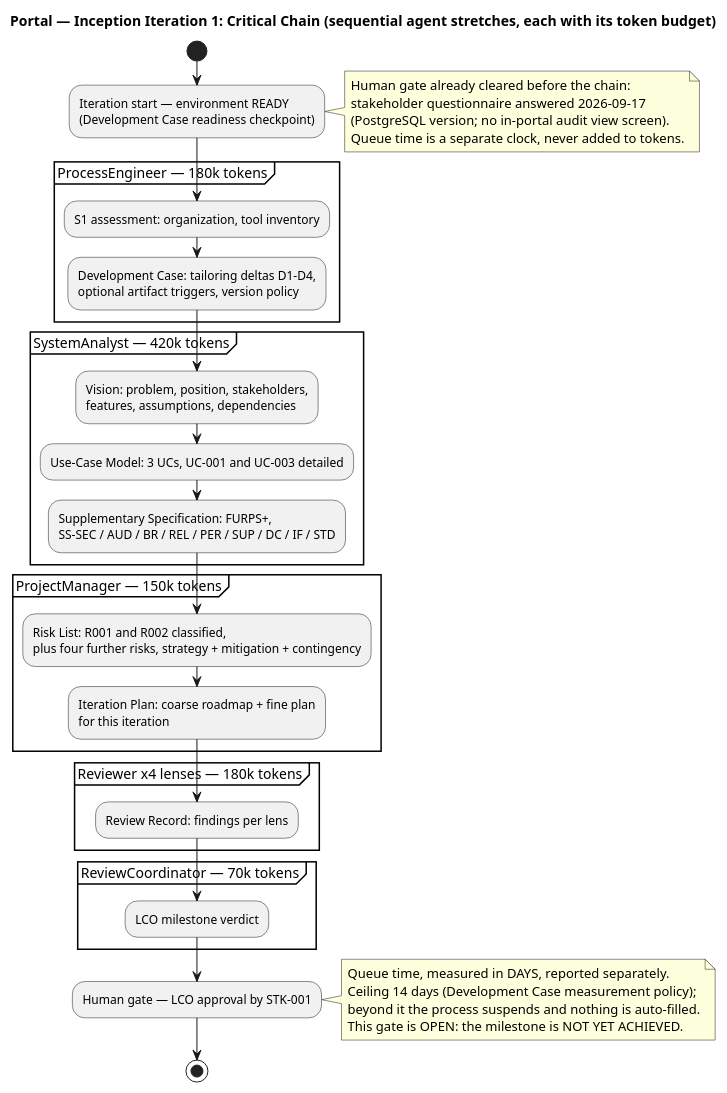
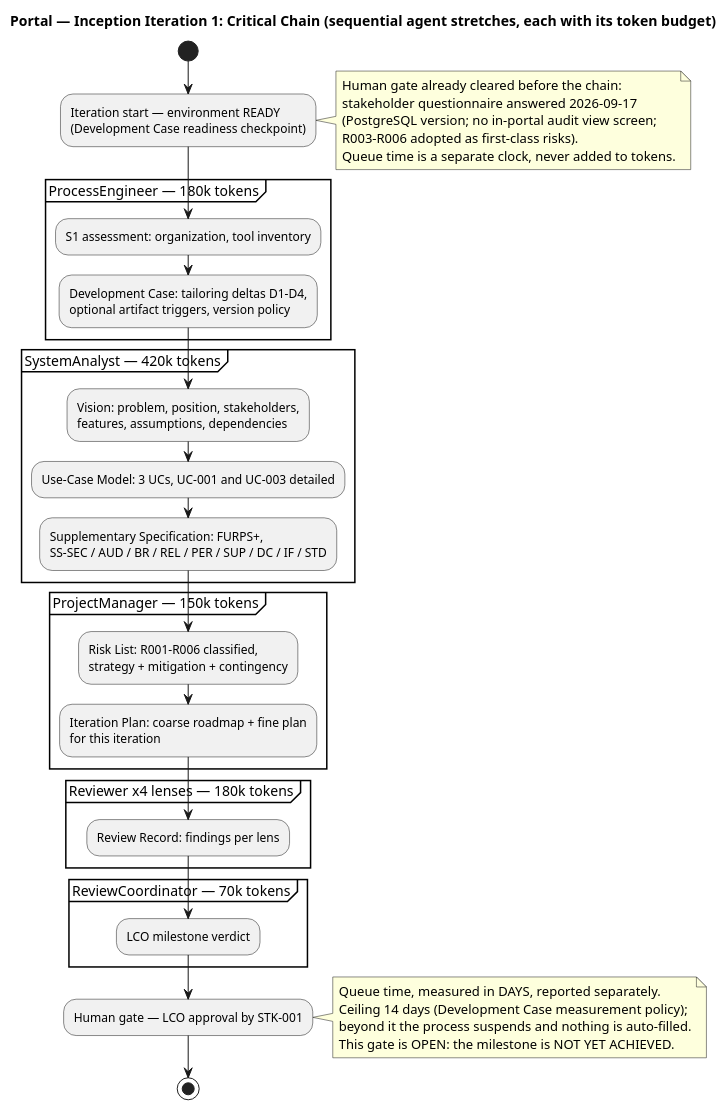
Before and after one commit to banense-test/portal: the second of 2 diagrams in docs/artifacts/project-management/iteration-plan.md, drawn with PlantUML. The commit also changed other lines of this file, not shown here.

````diff
--- a/docs/artifacts/project-management/iteration-plan.md
+++ b/docs/artifacts/project-management/iteration-plan.md
@@ -129,47 +129,48 @@
 ```plantuml
 @startuml
 title Portal — Inception Iteration 1: Critical Chain (sequential agent stretches, each with its token budget)
 
 start
 :Iteration start — environment READY\n(Development Case readiness checkpoint);
 note right
   Human gate already cleared before the chain:
   stakeholder questionnaire answered 2026-09-17
-  (PostgreSQL version; no in-portal audit view screen).
+  (PostgreSQL version; no in-portal audit view screen;
+  R003-R006 adopted as first-class risks).
   Queue time is a separate clock, never added to tokens.
 end note
 
 partition "ProcessEngineer — 180k tokens" {
   :S1 assessment: organization, tool inventory;
   :Development Case: tailoring deltas D1-D4,\noptional artifact triggers, version policy;
 }
 
 partition "SystemAnalyst — 420k tokens" {
   :Vision: problem, position, stakeholders,\nfeatures, assumptions, dependencies;
   :Use-Case Model: 3 UCs, UC-001 and UC-003 detailed;
   :Supplementary Specification: FURPS+,\nSS-SEC / AUD / BR / REL / PER / SUP / DC / IF / STD;
 }
 
 partition "ProjectManager — 150k tokens" {
-  :Risk List: R001 and R002 classified,\nplus four further risks, strategy + mitigation + contingency;
+  :Risk List: R001-R006 classified,\nstrategy + mitigation + contingency;
   :Iteration Plan: coarse roadmap + fine plan\nfor this iteration;
 }
 
 partition "Reviewer x4 lenses — 180k tokens" {
   :Review Record: findings per lens;
 }
 
 partition "ReviewCoordinator — 70k tokens" {
   :LCO milestone verdict;
 }
 
 :Human gate — LCO approval by STK-001;
 note right
   Queue time, measured in DAYS, reported separately.
   Ceiling 14 days (Development Case measurement policy);
   beyond it the process suspends and nothing is auto-filled.
   This gate is OPEN: the milestone is NOT YET ACHIEVED.
 end note
 stop
 @enduml
 ```
````
